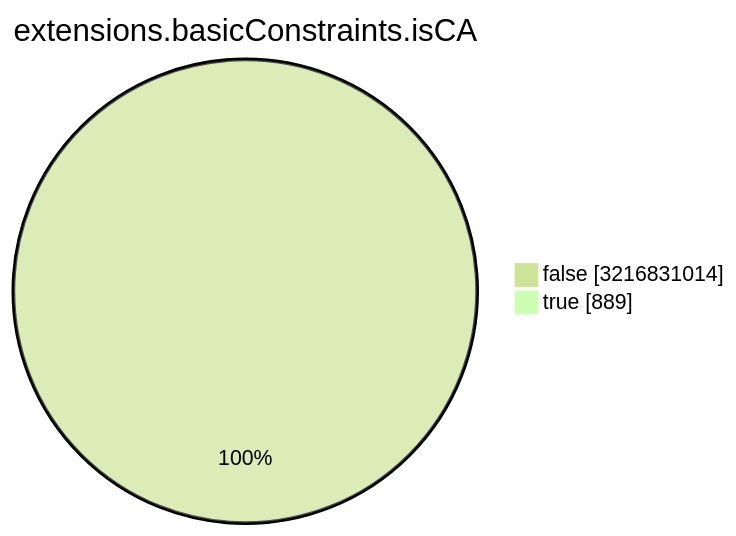
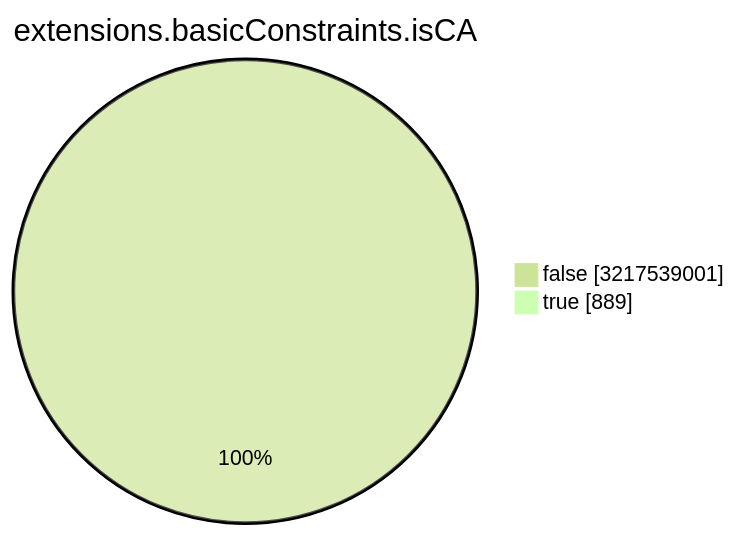
Before and after one commit to christiankrug/ctmonitor_visualization: the seventh of 15 diagrams in TOTAL/README.md, drawn with Mermaid (forest theme). The commit also changed other lines of this file, not shown here.

````diff
--- a/TOTAL/README.md
+++ b/TOTAL/README.md
@@ -3088,6 +3088,6 @@
 ```mermaid
 pie showData
 title extensions.basicConstraints.isCA
-"false" :3216831014
+"false" :3217539001
 "true" :889
 ```
````
